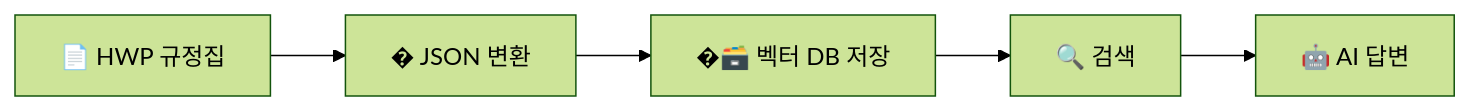
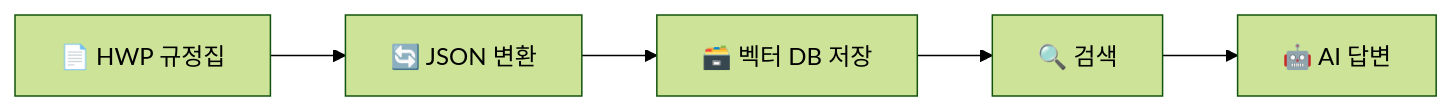
The first of 4 diagrams in README.md (seo-jinseok/regulation_manager), drawn with Mermaid (forest theme) before and after one commit. The commit also changed other lines of this file, not shown here.

````diff
--- a/README.md
+++ b/README.md
@@ -134,7 +134,7 @@
 ```mermaid
 flowchart LR
-    A["📄 HWP 규정집"] --> B["� JSON 변환"]
-    B --> C["�🗃️ 벡터 DB 저장"]
+    A["📄 HWP 규정집"] --> B["🔄 JSON 변환"]
+    B --> C["🗃️ 벡터 DB 저장"]
     C --> D["🔍 검색"]
     D --> E["🤖 AI 답변"]
 ```
````
